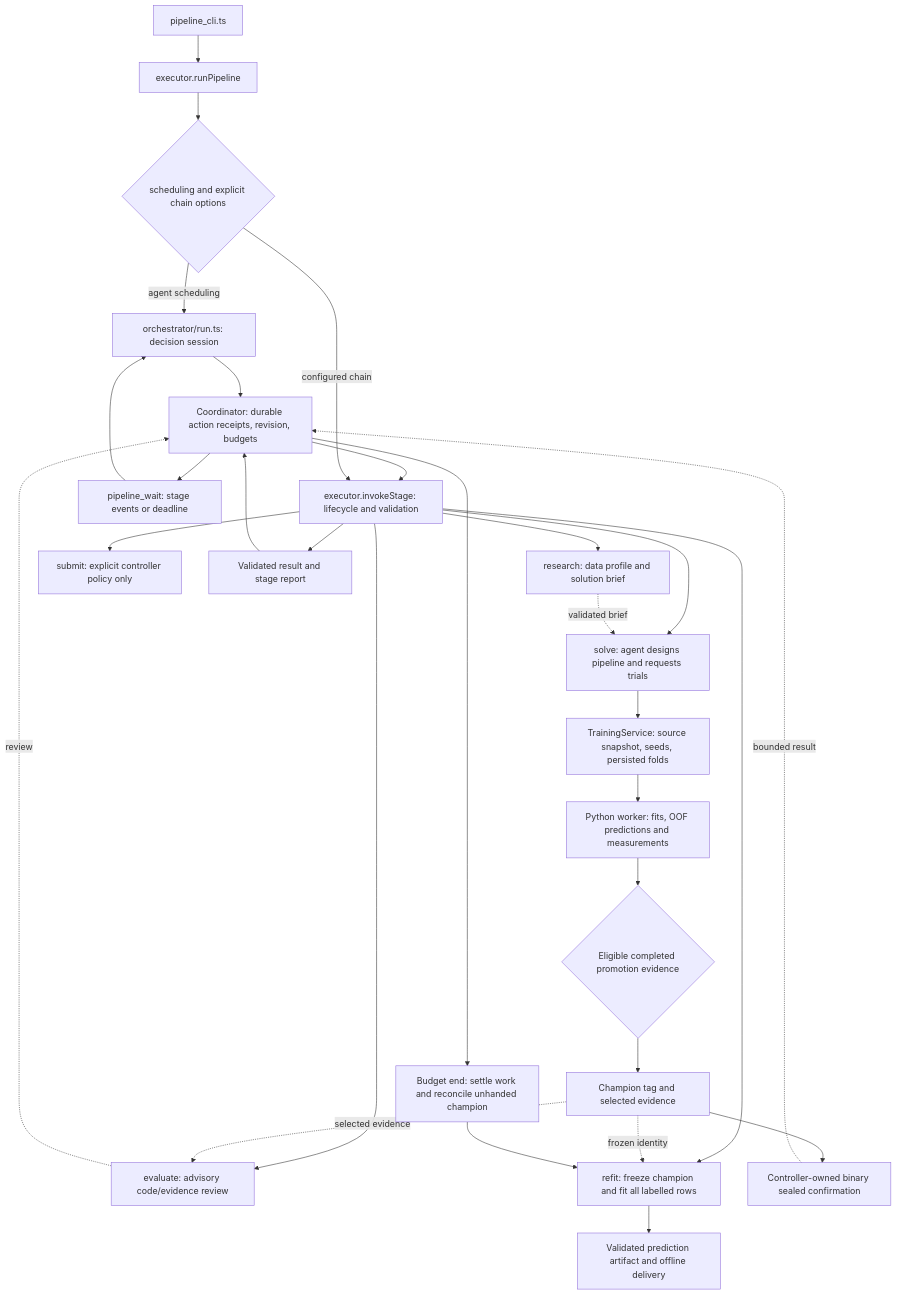
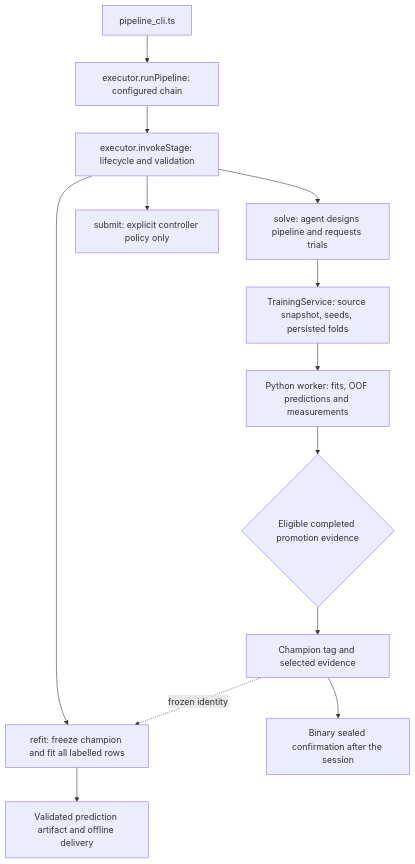
One commit to nicobrauchtgit/auto-smart-lab changed the third of 6 diagrams in docs/architecture.md. Above: the diagram before and after it, drawn with Mermaid. The commit also changed other lines of this file and 189 other files, not shown here.

````diff
--- a/docs/architecture.md
+++ b/docs/architecture.md
@@ -71,31 +71,15 @@
 ```mermaid
 flowchart TD
-    P[pipeline_cli.ts] --> E[executor.runPipeline]
-    E --> M{scheduling and explicit chain options}
-    M -->|agent scheduling| C[orchestrator/run.ts: decision session]
-    C --> K[Coordinator: durable action receipts, revision, budgets]
-    K --> I[executor.invokeStage: lifecycle and validation]
-    M -->|configured chain| I
-    I --> R[research: data profile and solution brief]
+    P[pipeline_cli.ts] --> E[executor.runPipeline: configured chain]
+    E --> I[executor.invokeStage: lifecycle and validation]
     I --> S[solve: agent designs pipeline and requests trials]
-    I --> V[evaluate: advisory code/evidence review]
     I --> F[refit: freeze champion and fit all labelled rows]
     I --> U[submit: explicit controller policy only]
-    R -. validated brief .-> S
     S --> T[TrainingService: source snapshot, seeds, persisted folds]
     T --> W[Python worker: fits, OOF predictions and measurements]
     W --> G{Eligible completed promotion evidence}
     G --> CH[Champion tag and selected evidence]
-    CH --> CF[Controller-owned binary sealed confirmation]
-    CF -. bounded result .-> K
-    CH -. selected evidence .-> V
-    V -. review .-> K
+    CH --> CF[Binary sealed confirmation after the session]
     CH -. frozen identity .-> F
     F --> H[Validated prediction artifact and offline delivery]
-    I --> Q[Validated result and stage report]
-    Q --> K
-    K --> WAIT[pipeline_wait: stage events or deadline]
-    WAIT --> C
-    K --> BE[Budget end: settle work and reconcile unhanded champion]
-    BE --> F
 ```
````
